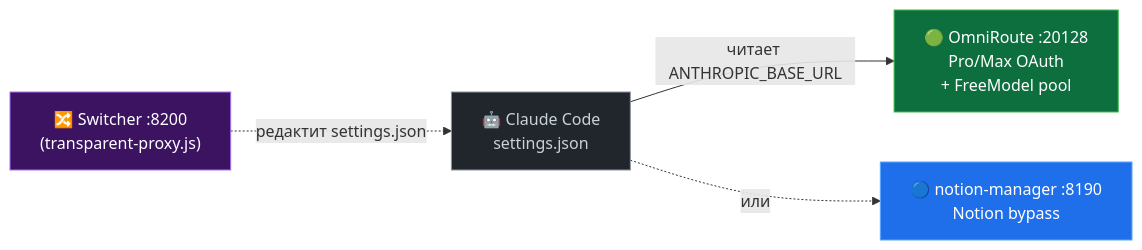
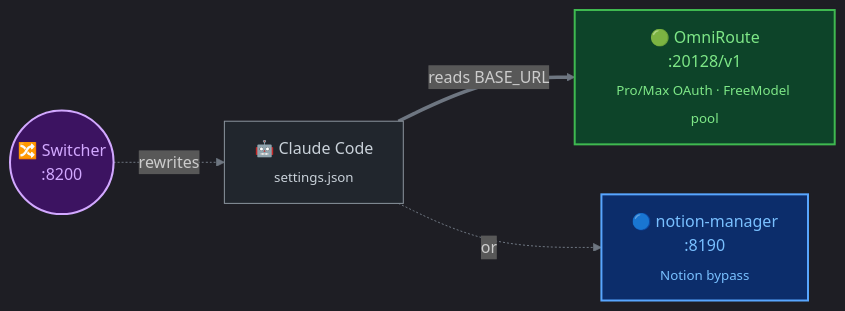
One commit to WormAlien/devin-account-creator-manager changed the first of 2 diagrams in README.md. Above: the diagram before and after it, drawn with Mermaid. The commit also changed other lines of this file, not shown here.

First line of the commit message:
readme: restyle to dashboard palette — dark mermaids, OKLCH accents

````diff
--- a/README.md
+++ b/README.md
@@ -86,20 +101,24 @@
 ```mermaid
+%%{init: {'theme':'dark', 'themeVariables': {
+  'background':'#0d1117',
+  'primaryColor':'#161b22',
+  'primaryTextColor':'#e6edf3',
+  'primaryBorderColor':'#30363d',
+  'lineColor':'#6e7681',
+  'tertiaryColor':'#21262d'
+}}}%%
 flowchart LR
-    CC["🤖 Claude Code<br/>settings.json"]
-    SW["🔀 Switcher :8200<br/>(transparent-proxy.js)"]
-    OR["🟢 OmniRoute :20128<br/>Pro/Max OAuth<br/>+ FreeModel pool"]
-    NM["🔵 notion-manager :8190<br/>Notion bypass"]
+    CC["🤖 Claude Code<br/><sub>settings.json</sub>"]
+    SW(("🔀 Switcher<br/>:8200"))
+    OR["🟢 OmniRoute<br/>:20128/v1<br/><sub>Pro/Max OAuth · FreeModel pool</sub>"]
+    NM["🔵 notion-manager<br/>:8190<br/><sub>Notion bypass</sub>"]
 
-    CC -->|читает ANTHROPIC_BASE_URL| OR
-    CC -.->|или| NM
-    SW -.->|редактит settings.json| CC
+    CC ==>|reads BASE_URL| OR
+    CC -.->|or| NM
+    SW -.->|rewrites| CC
 
-    classDef active fill:#0d6e3e,stroke:#3fb950,color:#fff
-    classDef alt fill:#1f6feb,stroke:#58a6ff,color:#fff
-    classDef router fill:#3c1361,stroke:#a371f7,color:#fff
-    classDef cc fill:#21262d,stroke:#8b949e,color:#c9d1d9
-    class OR active
-    class NM alt
-    class SW router
-    class CC cc
+    style OR fill:#0d4429,stroke:#3fb950,color:#7ee787,stroke-width:2px
+    style NM fill:#0c2d6b,stroke:#58a6ff,color:#79c0ff,stroke-width:2px
+    style SW fill:#3c1361,stroke:#d2a8ff,color:#d2a8ff,stroke-width:2px
+    style CC fill:#21262d,stroke:#8b949e,color:#c9d1d9
 ```
````
